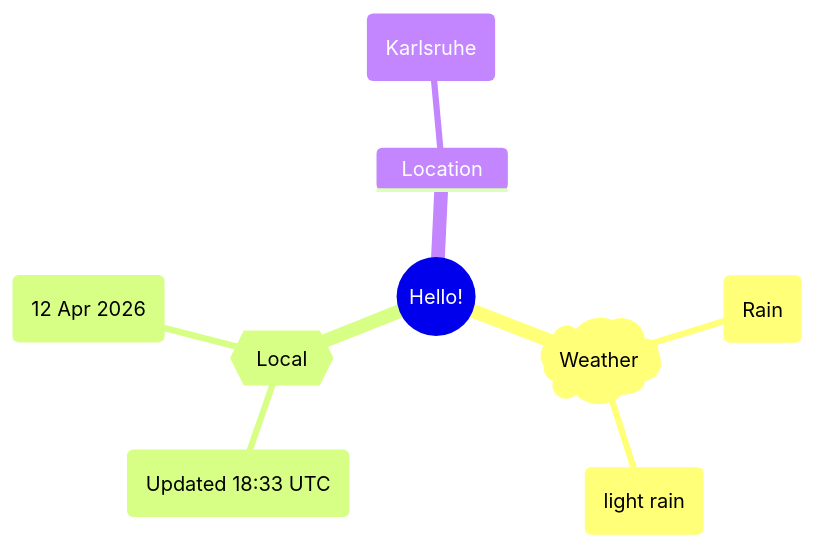
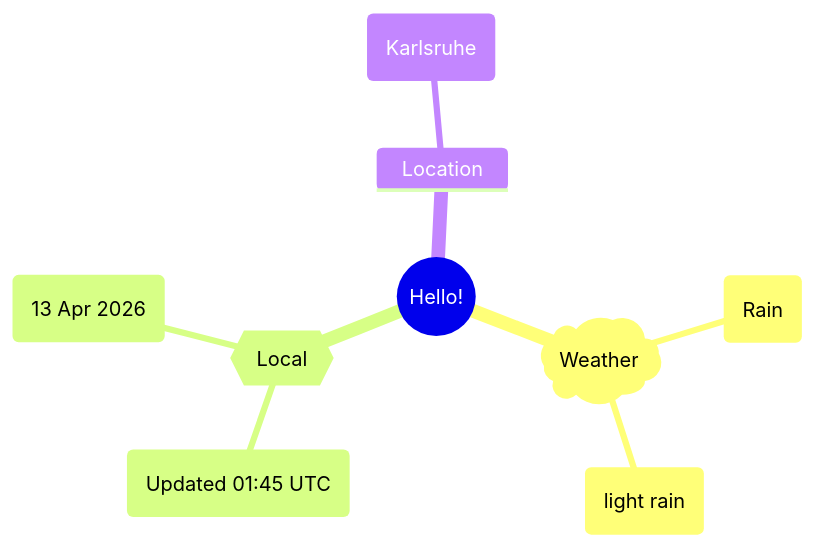
The first of 2 diagrams in README.md (Xosrov/Xosrov), drawn with Mermaid before and after one commit.

Commit message:
[bot] updated images

````diff
--- a/README.md
+++ b/README.md
@@ -3,12 +3,12 @@
 ```mermaid
 mindmap
   root((Hello!))
     )Weather(
         (Rain)
         (light rain)
     {{Local}}
-        (Updated 18:33 UTC)
-        (12 Apr 2026)
+        (Updated 01:45 UTC)
+        (13 Apr 2026)
     Location
         (Karlsruhe)
 ```
````
